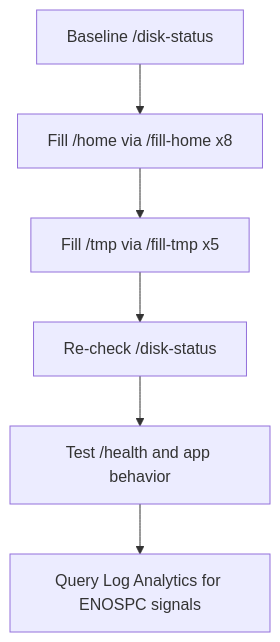
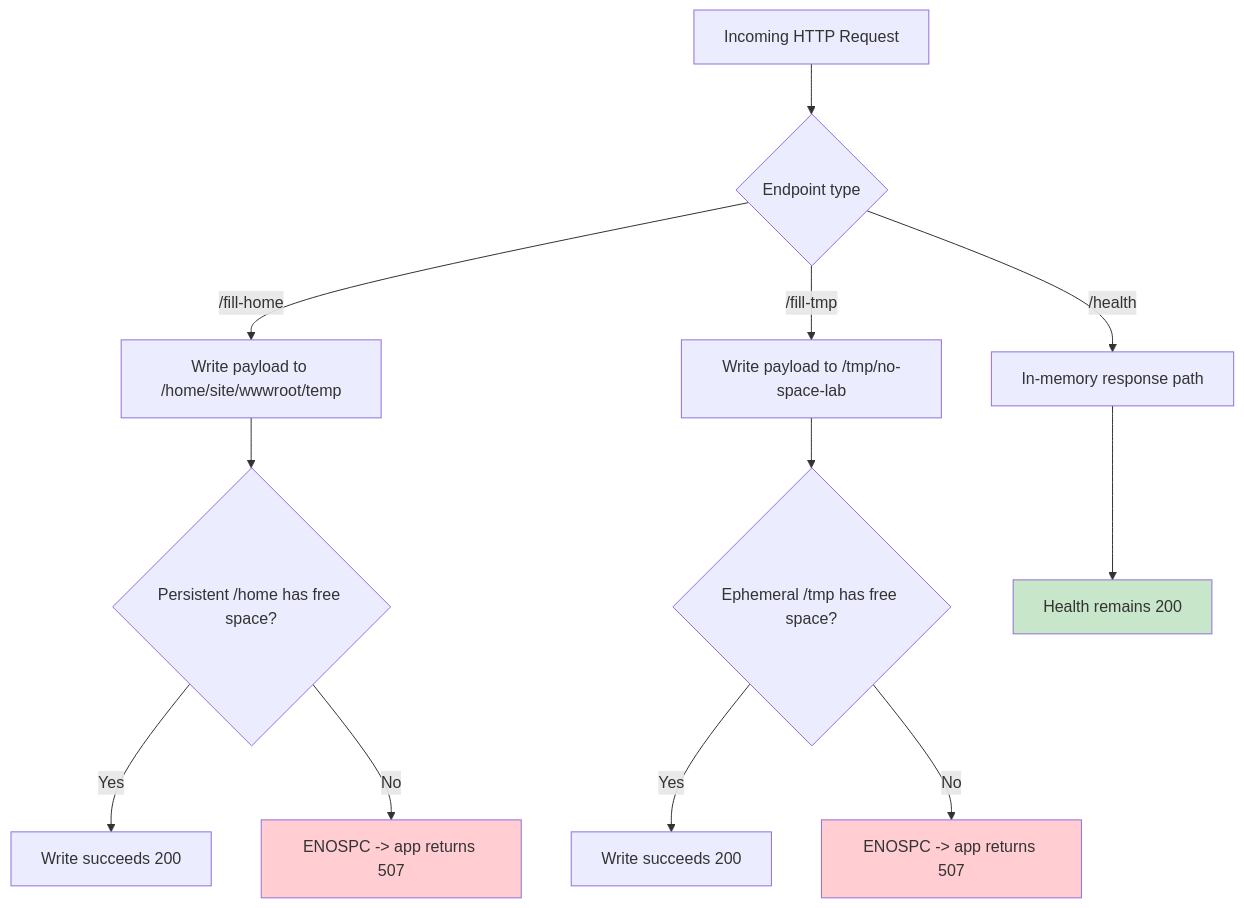
The first of 3 diagrams in docs/troubleshooting/lab-guides/no-space-left-on-device.md (yeongseon/azure-app-service-practical-guide), drawn with Mermaid before and after one commit. The commit also changed other lines of this file and 327 other files, not shown here.

````diff
--- a/docs/troubleshooting/lab-guides/no-space-left-on-device.md
+++ b/docs/troubleshooting/lab-guides/no-space-left-on-device.md
@@ -53,8 +94,21 @@
 ```mermaid
-graph TD
-    A[Baseline /disk-status] --> B[Fill /home via /fill-home x8]
-    B --> C[Fill /tmp via /fill-tmp x5]
-    C --> D[Re-check /disk-status]
-    D --> E[Test /health and app behavior]
-    E --> F[Query Log Analytics for ENOSPC signals]
+flowchart TD
+    A[Incoming HTTP Request] --> B{Endpoint type}
+    B -->|/health| C[In-memory response path]
+    B -->|/fill-home| D[Write payload to /home/site/wwwroot/temp]
+    B -->|/fill-tmp| E[Write payload to /tmp/no-space-lab]
+
+    D --> F{Persistent /home has free space?}
+    F -->|Yes| G[Write succeeds 200]
+    F -->|No| H[ENOSPC -> app returns 507]
+
+    E --> I{Ephemeral /tmp has free space?}
+    I -->|Yes| J[Write succeeds 200]
+    I -->|No| K[ENOSPC -> app returns 507]
+
+    C --> L[Health remains 200]
+
+    style L fill:#c8e6c9
+    style H fill:#ffcdd2
+    style K fill:#ffcdd2
 ```
````
